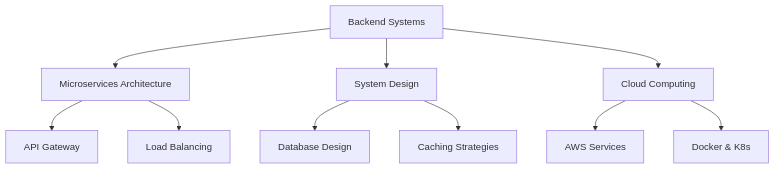
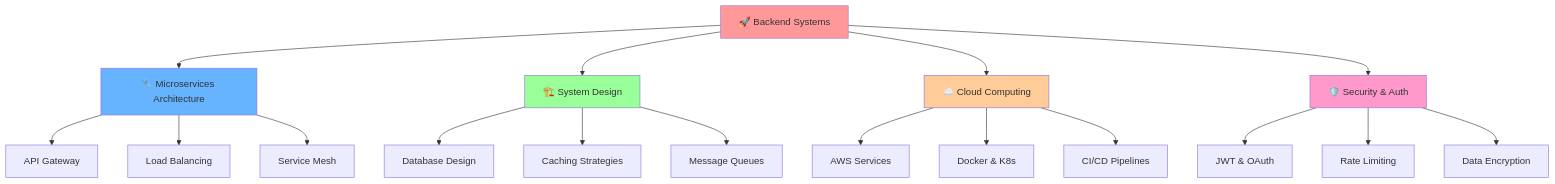
Before and after one commit to tosinxt/tosinxt: the diagram in README.md, drawn with Mermaid. The commit also changed other lines of this file, not shown here.

````diff
--- a/README.md
+++ b/README.md
@@ -113,15 +142,29 @@
 ```mermaid
 graph TD
-    A[Backend Systems] --> B[Microservices Architecture]
-    A --> C[System Design]
-    A --> D[Cloud Computing]
+    A[🚀 Backend Systems] --> B[🔧 Microservices Architecture]
+    A --> C[🏗️ System Design]
+    A --> D[☁️ Cloud Computing]
+    A --> E[🛡️ Security & Auth]
     
-    B --> E[API Gateway]
-    B --> F[Load Balancing]
+    B --> F[API Gateway]
+    B --> G[Load Balancing]
+    B --> H[Service Mesh]
     
-    C --> G[Database Design]
-    C --> H[Caching Strategies]
+    C --> I[Database Design]
+    C --> J[Caching Strategies]
+    C --> K[Message Queues]
     
-    D --> I[AWS Services]
-    D --> J[Docker & K8s]
+    D --> L[AWS Services]
+    D --> M[Docker & K8s]
+    D --> N[CI/CD Pipelines]
+    
+    E --> O[JWT & OAuth]
+    E --> P[Rate Limiting]
+    E --> Q[Data Encryption]
+    
+    style A fill:#ff9999
+    style B fill:#66b3ff
+    style C fill:#99ff99
+    style D fill:#ffcc99
+    style E fill:#ff99cc
 ```
````
